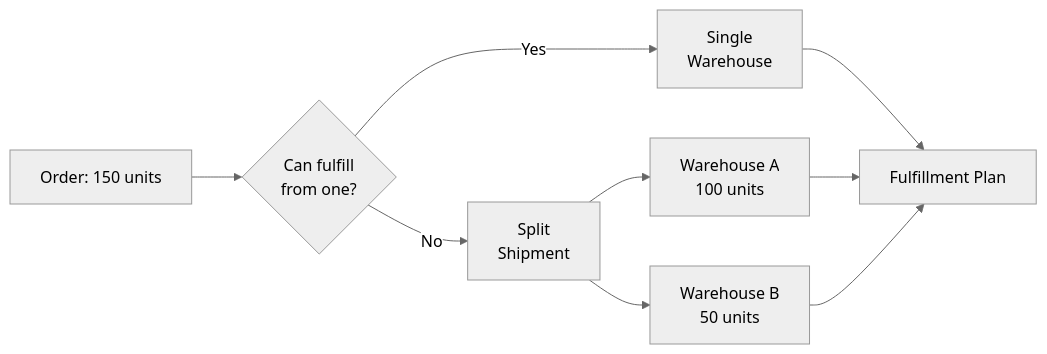
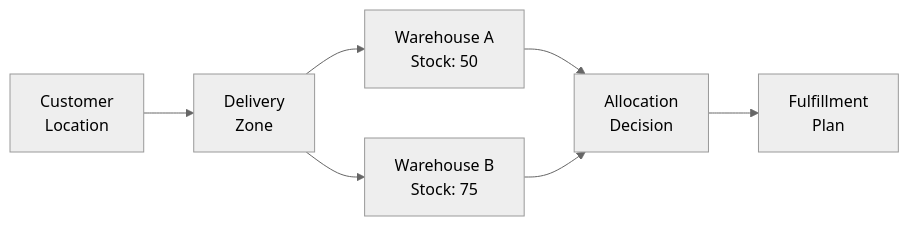
Before and after one commit to codedventuresptyltd/foundry: the diagram in docs/core/fulfillment.md, drawn with Mermaid (neutral theme). The commit also changed other lines of this file and 26 other files, not shown here.

````diff
--- a/docs/core/fulfillment.md
+++ b/docs/core/fulfillment.md
@@ -82,13 +33,9 @@
 ```mermaid
 flowchart LR
-    ORDER[Order: 150 units] --> OPT{Can fulfill<br/>from one?}
-    OPT -->|Yes| SINGLE[Single<br/>Warehouse]
-    OPT -->|No| SPLIT[Split<br/>Shipment]
-    
-    SPLIT --> W1[Warehouse A<br/>100 units]
-    SPLIT --> W2[Warehouse B<br/>50 units]
-    
-    SINGLE --> DONE[Fulfillment Plan]
-    W1 --> DONE
-    W2 --> DONE
+    CUST[Customer<br/>Location] --> ZONE[Delivery<br/>Zone]
+    ZONE --> WH1[Warehouse A<br/>Stock: 50]
+    ZONE --> WH2[Warehouse B<br/>Stock: 75]
+    WH1 --> ALLOC[Allocation<br/>Decision]
+    WH2 --> ALLOC
+    ALLOC --> PLAN[Fulfillment<br/>Plan]
 ```
````
